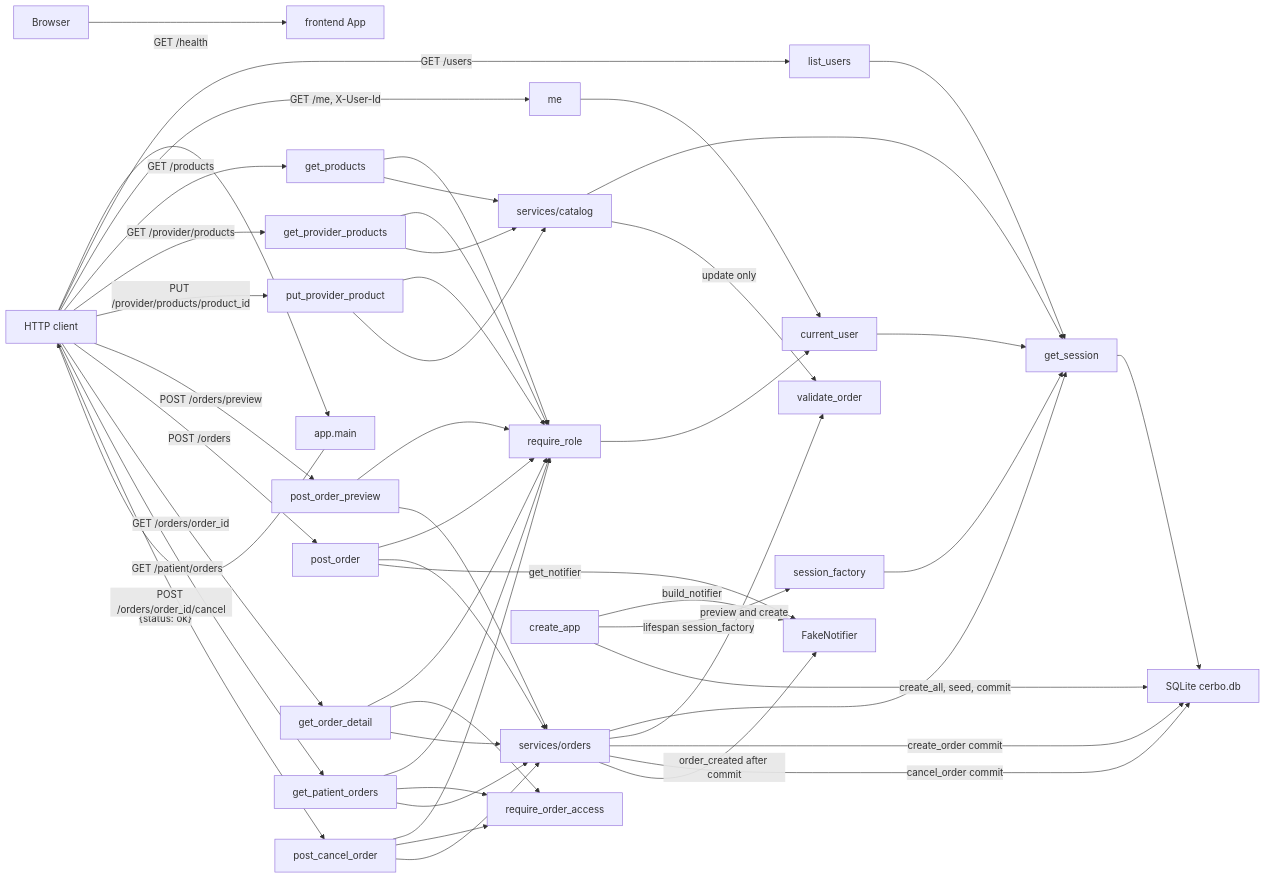
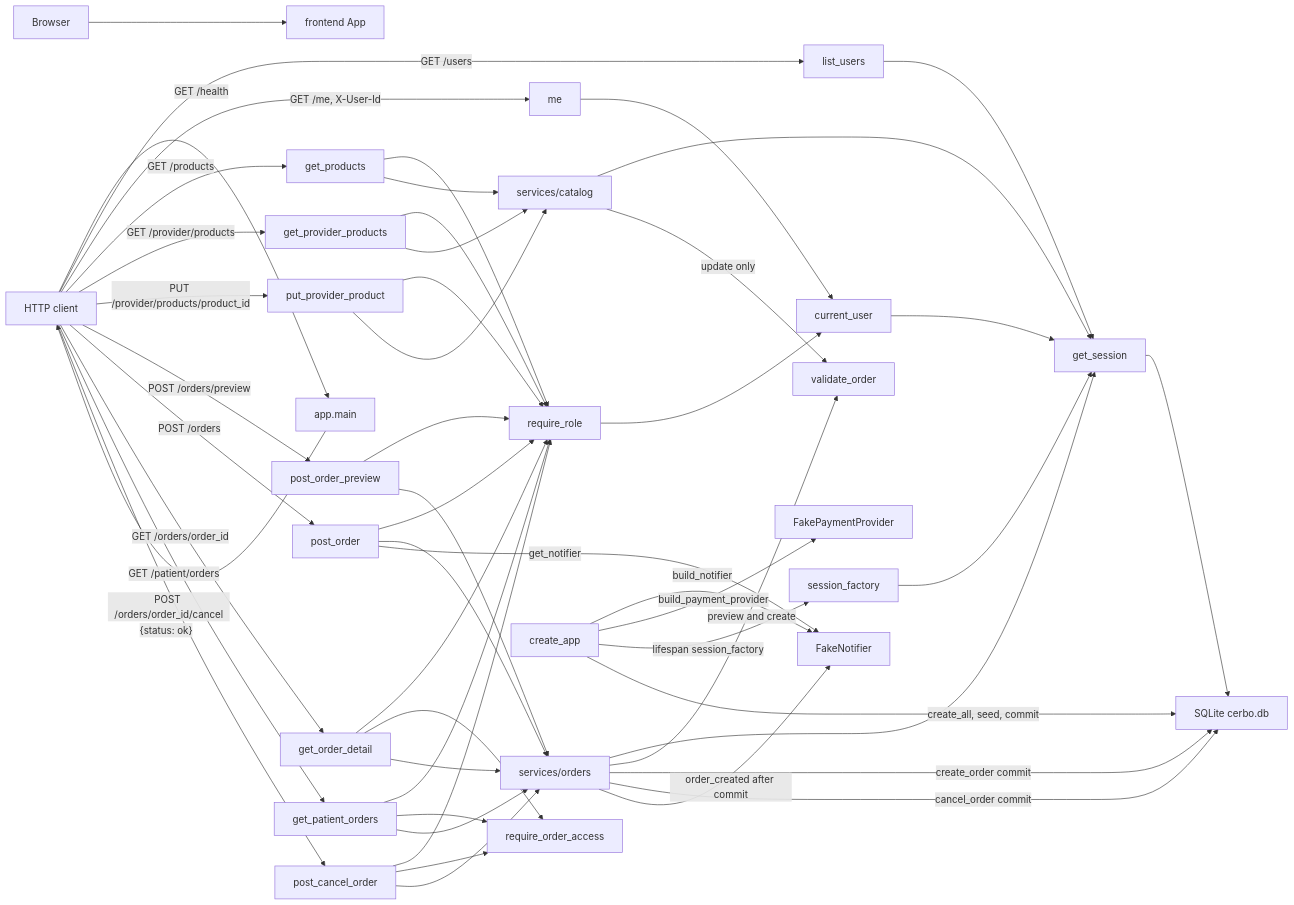
One commit to drtclem/cerbo_wk1 changed the diagram in docs/diagrams/overview.md. Above: the diagram before and after it, drawn with Mermaid. The commit also changed other lines of this file and 9 other files, not shown here.

Commit message:
T7: fake payment provider

````diff
--- a/docs/diagrams/overview.md
+++ b/docs/diagrams/overview.md
@@ -7,60 +7,61 @@
 ```mermaid
 flowchart LR
   browser["Browser"] --> frontendApp["frontend App"]
 
   httpClient["HTTP client"] -->|"GET /health"| fastapiApp["app.main"]
   fastapiApp -->|"{status: ok}"| httpClient
 
   httpClient -->|"GET /users"| listUsers["list_users"]
   httpClient -->|"GET /me, X-User-Id"| meRoute["me"]
   meRoute --> currentUser["current_user"]
   listUsers --> getSession["get_session"]
   currentUser --> getSession
 
   httpClient -->|"GET /products"| getProducts["get_products"]
   httpClient -->|"GET /provider/products"| getProviderProducts["get_provider_products"]
   httpClient -->|"PUT /provider/products/product_id"| putProviderProduct["put_provider_product"]
   httpClient -->|"POST /orders/preview"| postOrderPreview["post_order_preview"]
   httpClient -->|"POST /orders"| postOrder["post_order"]
   httpClient -->|"GET /orders/order_id"| getOrderDetail["get_order_detail"]
   httpClient -->|"GET /patient/orders"| getPatientOrders["get_patient_orders"]
   httpClient -->|"POST /orders/order_id/cancel"| postCancel["post_cancel_order"]
 
   getProducts --> requireRole["require_role"]
   getProviderProducts --> requireRole
   putProviderProduct --> requireRole
   postOrderPreview --> requireRole
   postOrder --> requireRole
   getOrderDetail --> requireRole
   getPatientOrders --> requireRole
   postCancel --> requireRole
   requireRole --> currentUser
 
   getOrderDetail --> requireOrder["require_order_access"]
   getPatientOrders --> requireOrder
   postCancel --> requireOrder
 
   getProducts --> catalogSvc["services/catalog"]
   getProviderProducts --> catalogSvc
   putProviderProduct --> catalogSvc
   postOrderPreview --> ordersSvc["services/orders"]
   postOrder --> ordersSvc
   getOrderDetail --> ordersSvc
   getPatientOrders --> ordersSvc
   postCancel --> ordersSvc
   catalogSvc --> getSession
   ordersSvc --> getSession
   catalogSvc -->|"update only"| validateOrder["validate_order"]
   ordersSvc -->|"preview and create"| validateOrder
   getSession --> sqliteFile["SQLite cerbo.db"]
   ordersSvc -->|"create_order commit"| sqliteFile
   ordersSvc -->|"cancel_order commit"| sqliteFile
 
   postOrder -->|"get_notifier"| fakeNotifier["FakeNotifier"]
   ordersSvc -->|"order_created after commit"| fakeNotifier
 
   createApp["create_app"] -->|"build_notifier"| fakeNotifier
+  createApp -->|"build_payment_provider"| paymentProvider["FakePaymentProvider"]
   createApp -->|"lifespan session_factory"| sessionFactory["session_factory"]
   createApp -->|"create_all, seed, commit"| sqliteFile
   sessionFactory --> getSession
 ```
````
